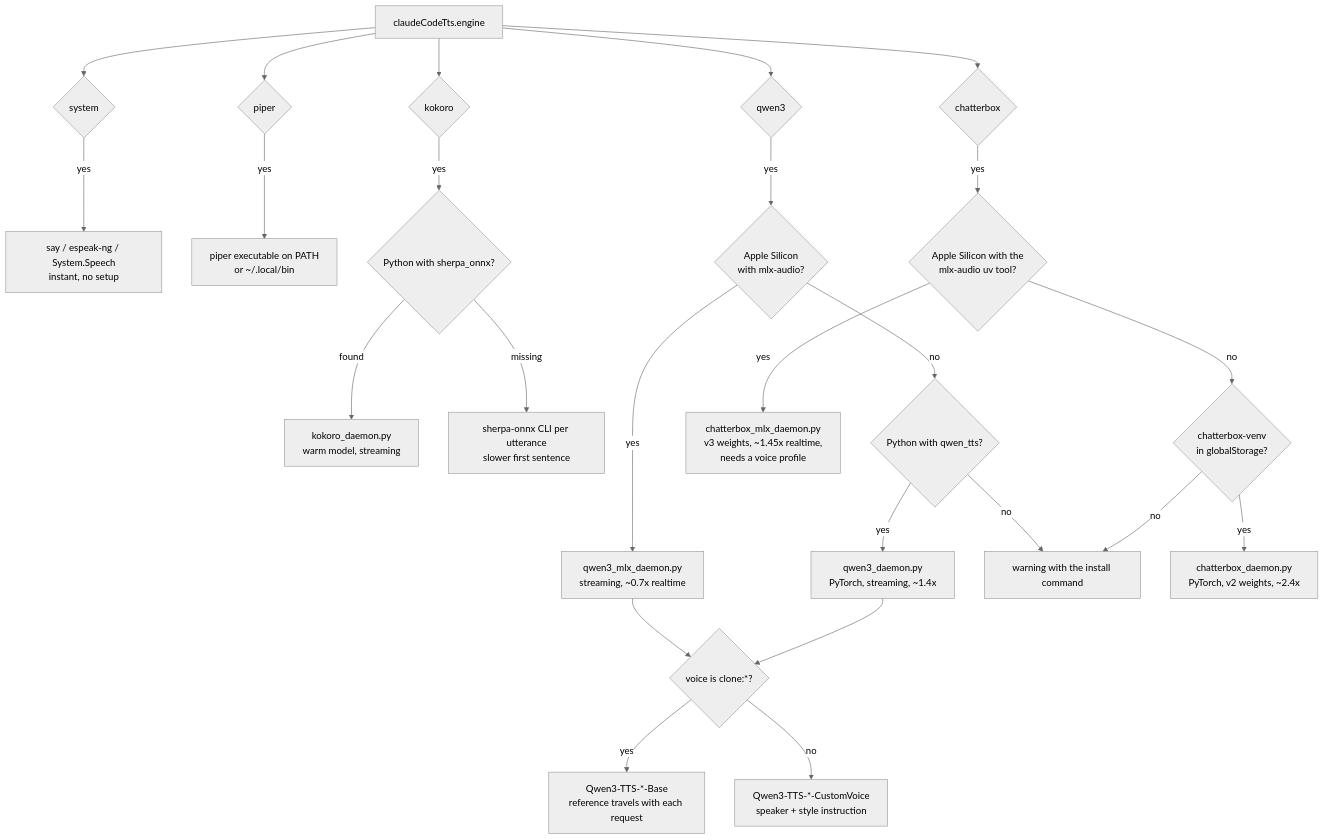
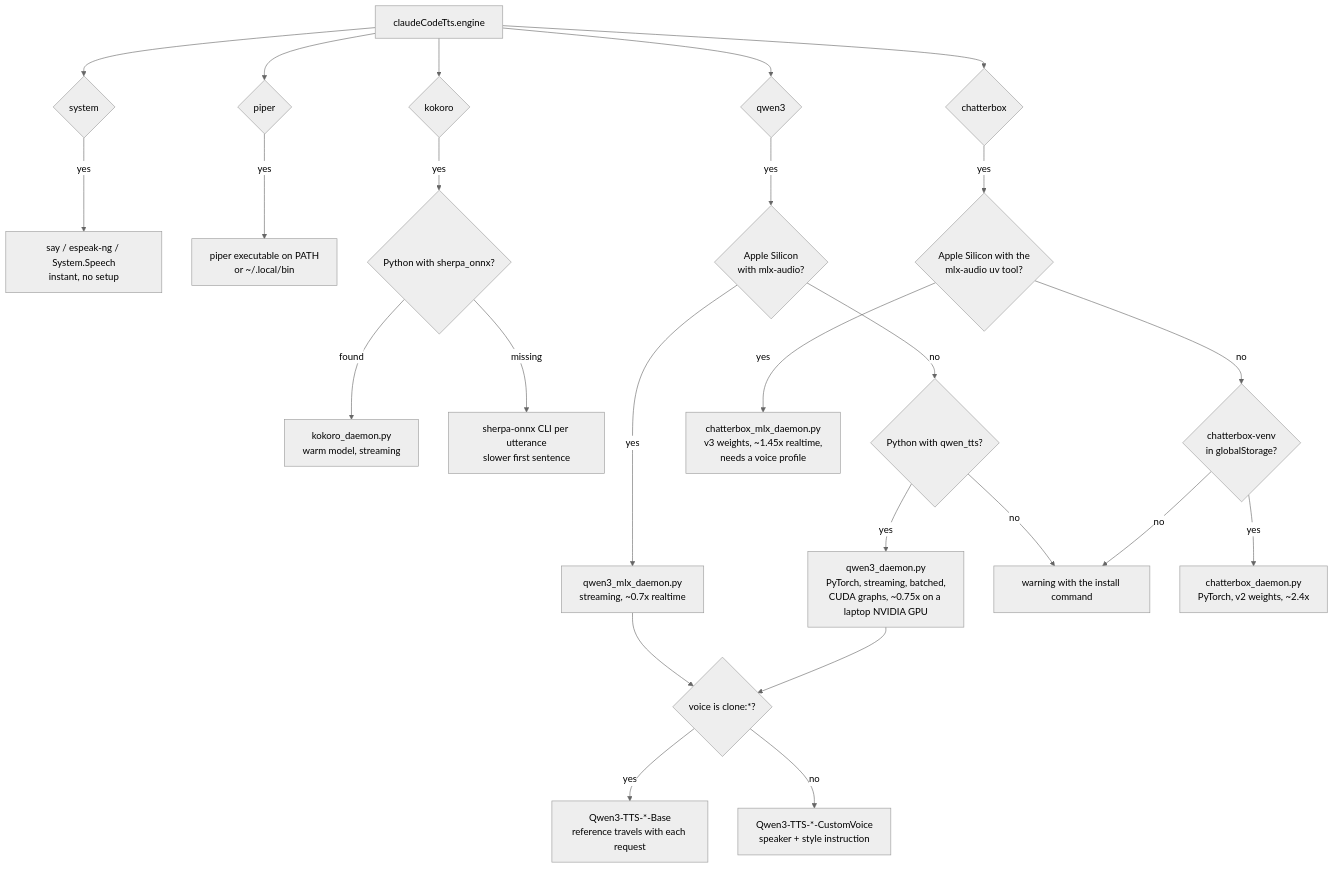
One commit to giladreich/claude-code-tts changed the fourth of 10 diagrams in docs/ARCHITECTURE.md. Above: the diagram before and after it, drawn with Mermaid (neutral theme). The commit also changed other lines of this file and 18 other files, not shown here.

````diff
--- a/docs/ARCHITECTURE.md
+++ b/docs/ARCHITECTURE.md
@@ -86,27 +88,27 @@
 ```mermaid
 flowchart TD
     A["claudeCodeTts.engine"] --> B{system}
     B -->|yes| SAY["say / espeak-ng / System.Speech<br/>instant, no setup"]
     A --> C{piper}
     C -->|yes| PIP["piper executable on PATH<br/>or ~/.local/bin"]
     A --> D{kokoro}
     D -->|yes| E{"Python with sherpa_onnx?"}
     E -->|found| KD["kokoro_daemon.py<br/>warm model, streaming"]
     E -->|missing| KC["sherpa-onnx CLI per utterance<br/>slower first sentence"]
     A --> F{qwen3}
     F -->|yes| G{"Apple Silicon<br/>with mlx-audio?"}
     G -->|yes| MLX["qwen3_mlx_daemon.py<br/>streaming, ~0.7x realtime"]
     G -->|no| H{"Python with qwen_tts?"}
-    H -->|yes| TORCH["qwen3_daemon.py<br/>PyTorch, streaming, ~1.4x"]
+    H -->|yes| TORCH["qwen3_daemon.py<br/>PyTorch, streaming, batched,<br/>CUDA graphs, ~0.75x on a laptop NVIDIA GPU"]
     H -->|no| WARN["warning with the install command"]
     A --> J{chatterbox}
     J -->|yes| K{"Apple Silicon with the<br/>mlx-audio uv tool?"}
     K -->|yes| CMLX["chatterbox_mlx_daemon.py<br/>v3 weights, ~1.45x realtime,<br/>needs a voice profile"]
     K -->|no| L{"chatterbox-venv<br/>in globalStorage?"}
     L -->|yes| CTORCH["chatterbox_daemon.py<br/>PyTorch, v2 weights, ~2.4x"]
     L -->|no| WARN
     MLX --> I{"voice is clone:*?"}
     TORCH --> I
     I -->|yes| BASE["Qwen3-TTS-*-Base<br/>reference travels with each request"]
     I -->|no| CV["Qwen3-TTS-*-CustomVoice<br/>speaker + style instruction"]
 ```
````
